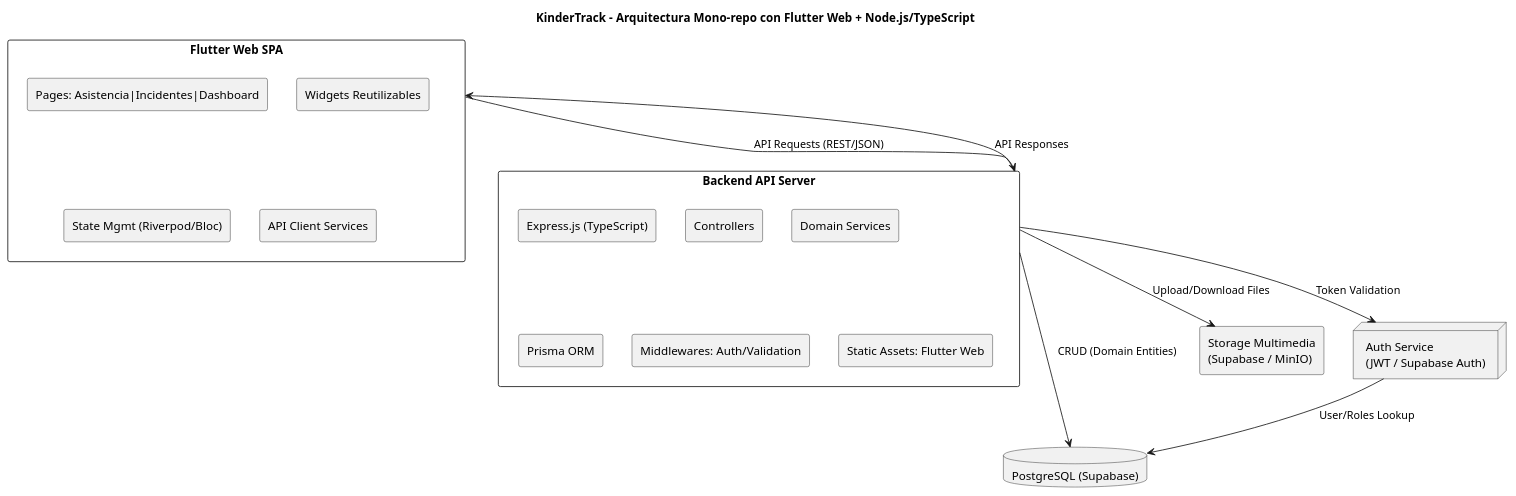
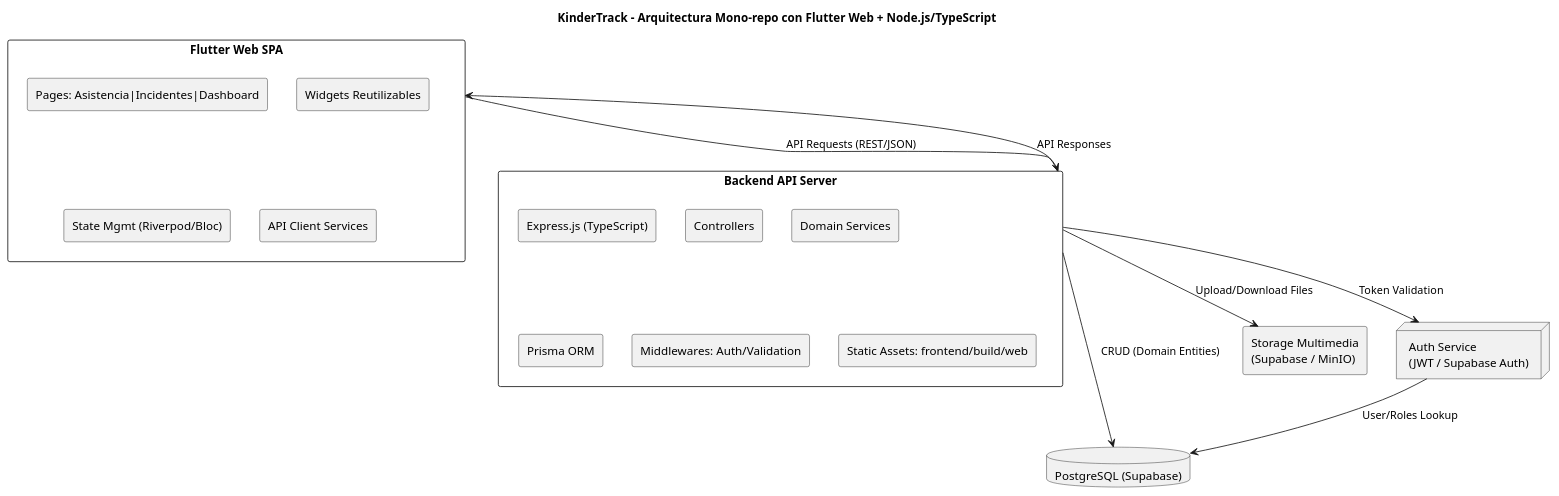
One commit to LIDR-academy/AI4Devs-finalproject changed the diagram in docs/arquitectura/arquitectura.md. Above: the diagram before and after it, drawn with PlantUML. The commit also changed other lines of this file and 9 other files, not shown here.

````diff
--- a/docs/arquitectura/arquitectura.md
+++ b/docs/arquitectura/arquitectura.md
@@ -149,38 +149,38 @@
 ```plantuml
 @startuml
 skinparam componentStyle rectangle
 title KinderTrack - Arquitectura Mono‑repo con Flutter Web + Node.js/TypeScript
 
 ' Definir componentes principales
 component "Flutter Web SPA" as Frontend {
   [Pages: Asistencia|Incidentes|Dashboard]
   [Widgets Reutilizables]
   [State Mgmt (Riverpod/Bloc)]
   [API Client Services]
 }
 
 component "Backend API Server" as Backend {
   [Express.js (TypeScript)]
   [Controllers]
   [Domain Services]
   [Prisma ORM]
   [Middlewares: Auth/Validation]
-  [Static Assets: Flutter Web]
+  [Static Assets: frontend/build/web]
 }
 
 database "PostgreSQL (Supabase)" as DB
 
 component "Storage Multimedia\n(Supabase / MinIO)" as Storage
 
 node "Auth Service\n(JWT / Supabase Auth)" as Auth
 
 ' Conexiones
 Frontend --> Backend : API Requests (REST/JSON)
 Backend --> DB : CRUD (Domain Entities)
 Backend --> Storage : Upload/Download Files
 Frontend <-- Backend : API Responses
 Backend --> Auth : Token Validation
 Auth --> DB : User/Roles Lookup
 
 @enduml
 ```
````
